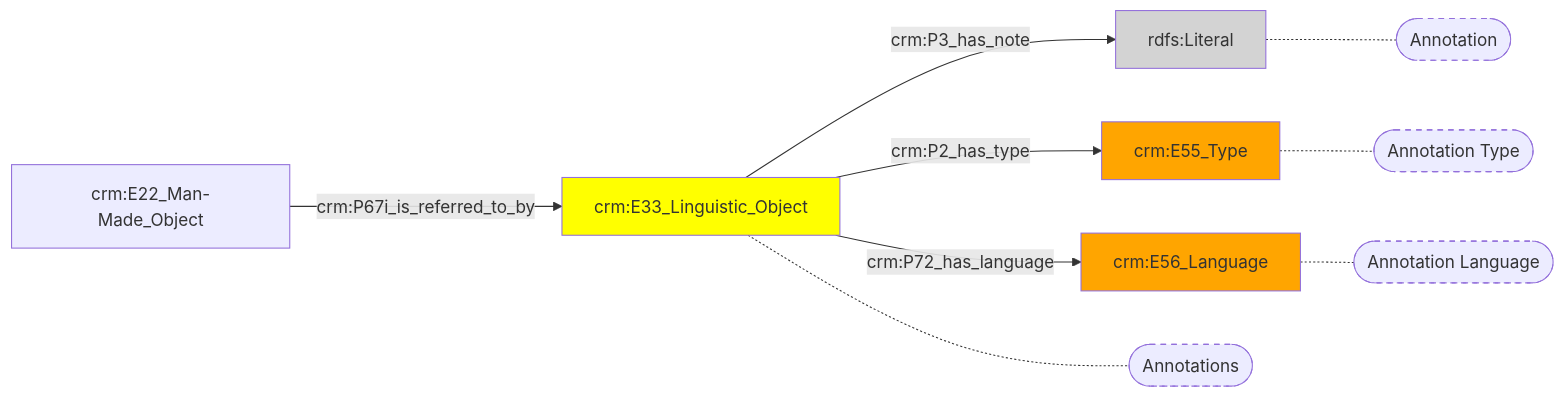
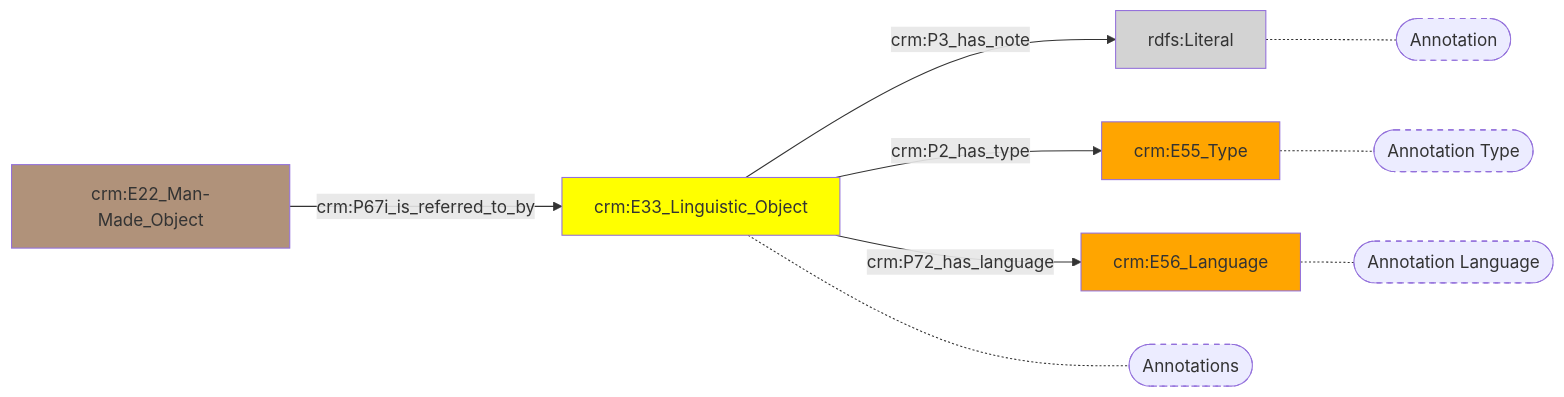
One commit to digipolisantwerpdocumentation/antwerp-cultureel-erfgoed changed the diagram in docs/content/modellen/ArchiefItemMaterieel/Aantekeningen.md. Above: the diagram before and after it, drawn with Mermaid. The commit also changed 32 other files, not shown here.

````diff
--- a/docs/content/modellen/ArchiefItemMaterieel/Aantekeningen.md
+++ b/docs/content/modellen/ArchiefItemMaterieel/Aantekeningen.md
@@ -1,19 +1,20 @@
 ```mermaid
 graph LR
 d1dcd598-a5fe-11ec-b19f-9cf387da2c40["crm:E33_Linguistic_Object"]-->|"crm:P3_has_note"|d1de1a0c-a5fe-11ec-b19f-9cf387da2c40(rdfs:Literal)
+d1dcd598-a5fe-11ec-b19f-9cf387da2c40["crm:E33_Linguistic_Object"]-->|"crm:P2_has_type"|d1de2cfe-a5fe-11ec-b19f-9cf387da2c40["crm:E55_Type"]
+d1dcd598-a5fe-11ec-b19f-9cf387da2c40["crm:E33_Linguistic_Object"]-->|"crm:P72_has_language"|d1de1746-a5fe-11ec-b19f-9cf387da2c40["crm:E56_Language"]
+d1dd96e0-a5fe-11ec-b19f-9cf387da2c40["crm:E22_Man-Made_Object"]-->|"crm:P67i_is_referred_to_by"|d1dcd598-a5fe-11ec-b19f-9cf387da2c40["crm:E33_Linguistic_Object"]
 d1de2cfe-a5fe-11ec-b19f-9cf387da2c40["crm:E55_Type"]-.-d1de2cfe-a5fe-11ec-b19f-9cf387da2c40_s(["Annotation Type"])
 d1de1a0c-a5fe-11ec-b19f-9cf387da2c40["rdfs:Literal"]-.-d1de1a0c-a5fe-11ec-b19f-9cf387da2c40_s(["Annotation"])
 d1de1746-a5fe-11ec-b19f-9cf387da2c40["crm:E56_Language"]-.-d1de1746-a5fe-11ec-b19f-9cf387da2c40_s(["Annotation Language"])
 d1dcd598-a5fe-11ec-b19f-9cf387da2c40["crm:E33_Linguistic_Object"]-.-d1dcd598-a5fe-11ec-b19f-9cf387da2c40_s(["Annotations"])
 style d1de2cfe-a5fe-11ec-b19f-9cf387da2c40_s stroke-dasharray: 5
 style d1de1a0c-a5fe-11ec-b19f-9cf387da2c40_s stroke-dasharray: 5
 style d1de1746-a5fe-11ec-b19f-9cf387da2c40_s stroke-dasharray: 5
 style d1dcd598-a5fe-11ec-b19f-9cf387da2c40_s stroke-dasharray: 5
 style d1dcd598-a5fe-11ec-b19f-9cf387da2c40 fill:#ffff00
+style d1dd96e0-a5fe-11ec-b19f-9cf387da2c40 fill:#B0927A
 style d1de1746-a5fe-11ec-b19f-9cf387da2c40 fill:#ffa500
 style d1de1a0c-a5fe-11ec-b19f-9cf387da2c40 fill:#D3D3D3
 style d1de2cfe-a5fe-11ec-b19f-9cf387da2c40 fill:#ffa500
-d1dcd598-a5fe-11ec-b19f-9cf387da2c40["crm:E33_Linguistic_Object"]-->|"crm:P2_has_type"|d1de2cfe-a5fe-11ec-b19f-9cf387da2c40["crm:E55_Type"]
-d1dcd598-a5fe-11ec-b19f-9cf387da2c40["crm:E33_Linguistic_Object"]-->|"crm:P72_has_language"|d1de1746-a5fe-11ec-b19f-9cf387da2c40["crm:E56_Language"]
-d1dd96e0-a5fe-11ec-b19f-9cf387da2c40["crm:E22_Man-Made_Object"]-->|"crm:P67i_is_referred_to_by"|d1dcd598-a5fe-11ec-b19f-9cf387da2c40["crm:E33_Linguistic_Object"]
 ```
````
